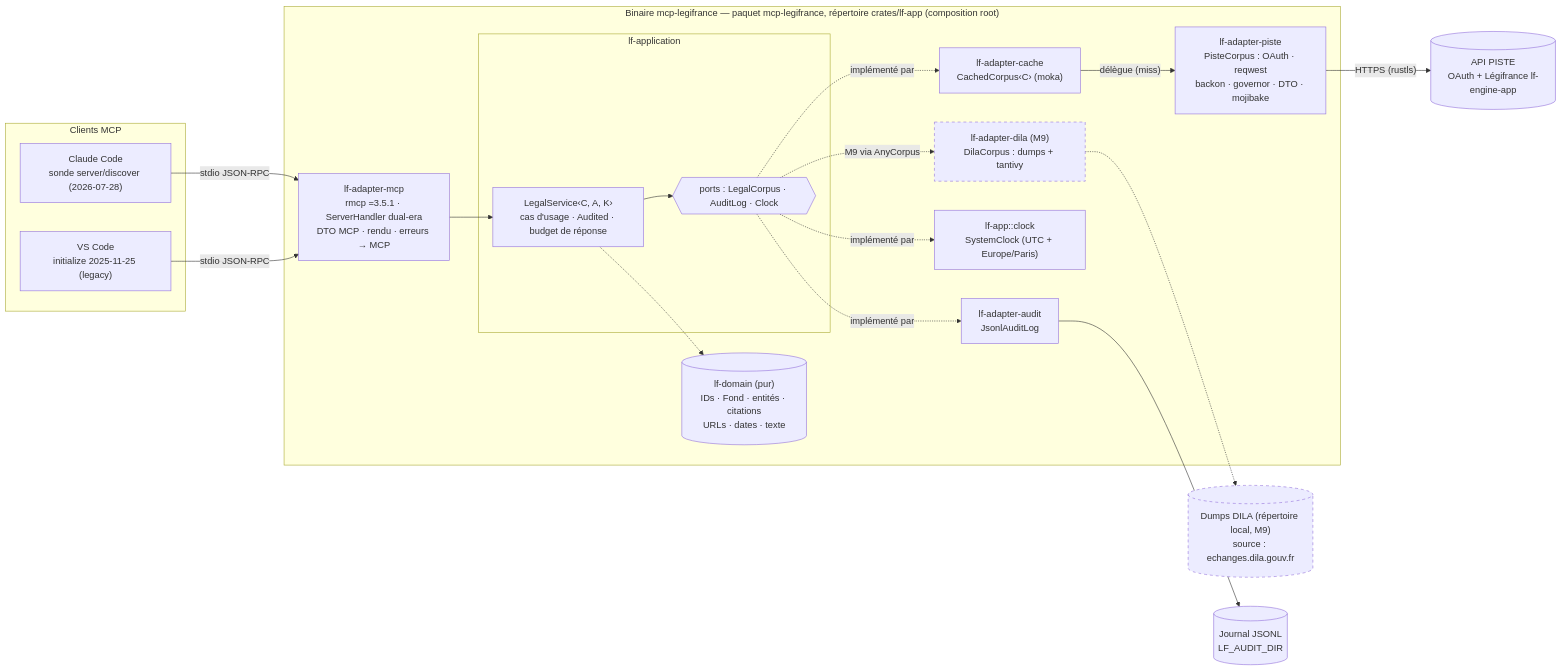
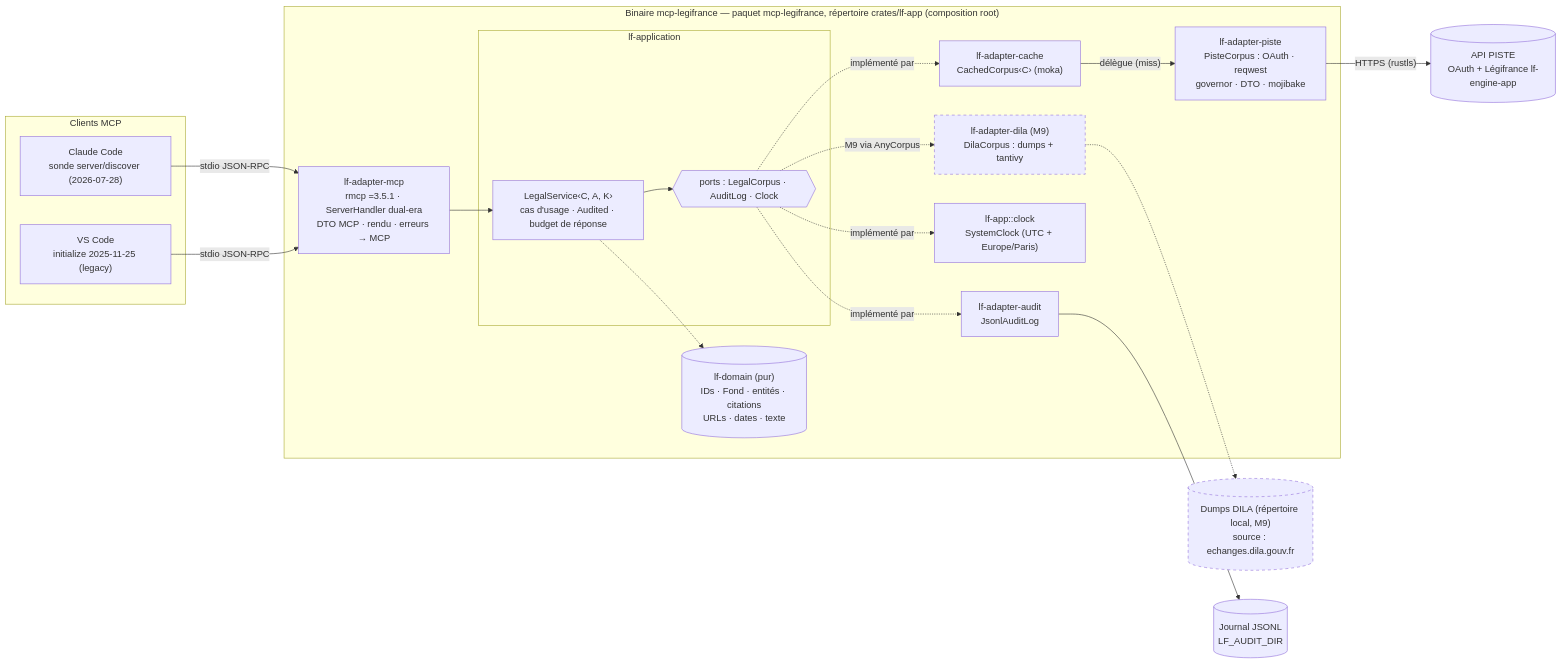
The first of 3 diagrams in docs/plan/02-architecture.md (muchiny/mcp-legifrance), drawn with Mermaid before and after one commit. The commit also changed other lines of this file and 17 other files, not shown here.

````diff
--- a/docs/plan/02-architecture.md
+++ b/docs/plan/02-architecture.md
@@ -40,42 +40,42 @@
 ```mermaid
 flowchart LR
   subgraph clients["Clients MCP"]
     CC["Claude Code<br/>sonde server/discover (2026-07-28)"]
     VS["VS Code<br/>initialize 2025-11-25 (legacy)"]
   end
 
   subgraph bin["Binaire mcp-legifrance — paquet mcp-legifrance, répertoire crates/lf-app (composition root)"]
     MCP["lf-adapter-mcp<br/>rmcp =3.5.1 · ServerHandler dual-era<br/>DTO MCP · rendu · erreurs → MCP"]
     subgraph appl["lf-application"]
       SVC["LegalService‹C, A, K›<br/>cas d'usage · Audited · budget de réponse"]
       PORTS{{"ports : LegalCorpus · AuditLog · Clock"}}
     end
     DOM[("lf-domain (pur)<br/>IDs · Fond · entités · citations<br/>URLs · dates · texte")]
     CACHE["lf-adapter-cache<br/>CachedCorpus‹C› (moka)"]
-    PISTE["lf-adapter-piste<br/>PisteCorpus : OAuth · reqwest<br/>backon · governor · DTO · mojibake"]
+    PISTE["lf-adapter-piste<br/>PisteCorpus : OAuth · reqwest<br/>governor · DTO · mojibake"]
     AUDIT["lf-adapter-audit<br/>JsonlAuditLog"]
     CLK["lf-app::clock<br/>SystemClock (UTC + Europe/Paris)"]
     DILA["lf-adapter-dila (M9)<br/>DilaCorpus : dumps + tantivy"]
   end
 
   API[("API PISTE<br/>OAuth + Légifrance lf-engine-app")]
   DUMPS[("Dumps DILA (répertoire local, M9)<br/>source : echanges.dila.gouv.fr")]
   FS[("Journal JSONL<br/>LF_AUDIT_DIR")]
 
   CC -- "stdio JSON-RPC" --> MCP
   VS -- "stdio JSON-RPC" --> MCP
   MCP --> SVC
   SVC --> PORTS
   SVC -.-> DOM
   PORTS -. "implémenté par" .-> CACHE
   CACHE -- "délègue (miss)" --> PISTE
   PORTS -. "implémenté par" .-> AUDIT
   PORTS -. "implémenté par" .-> CLK
   PORTS -. "M9 via AnyCorpus" .-> DILA
   PISTE -- "HTTPS (rustls)" --> API
   AUDIT --> FS
   DILA -.-> DUMPS
 
   classDef m9 stroke-dasharray: 5 5
   class DILA,DUMPS m9
 ```
````
